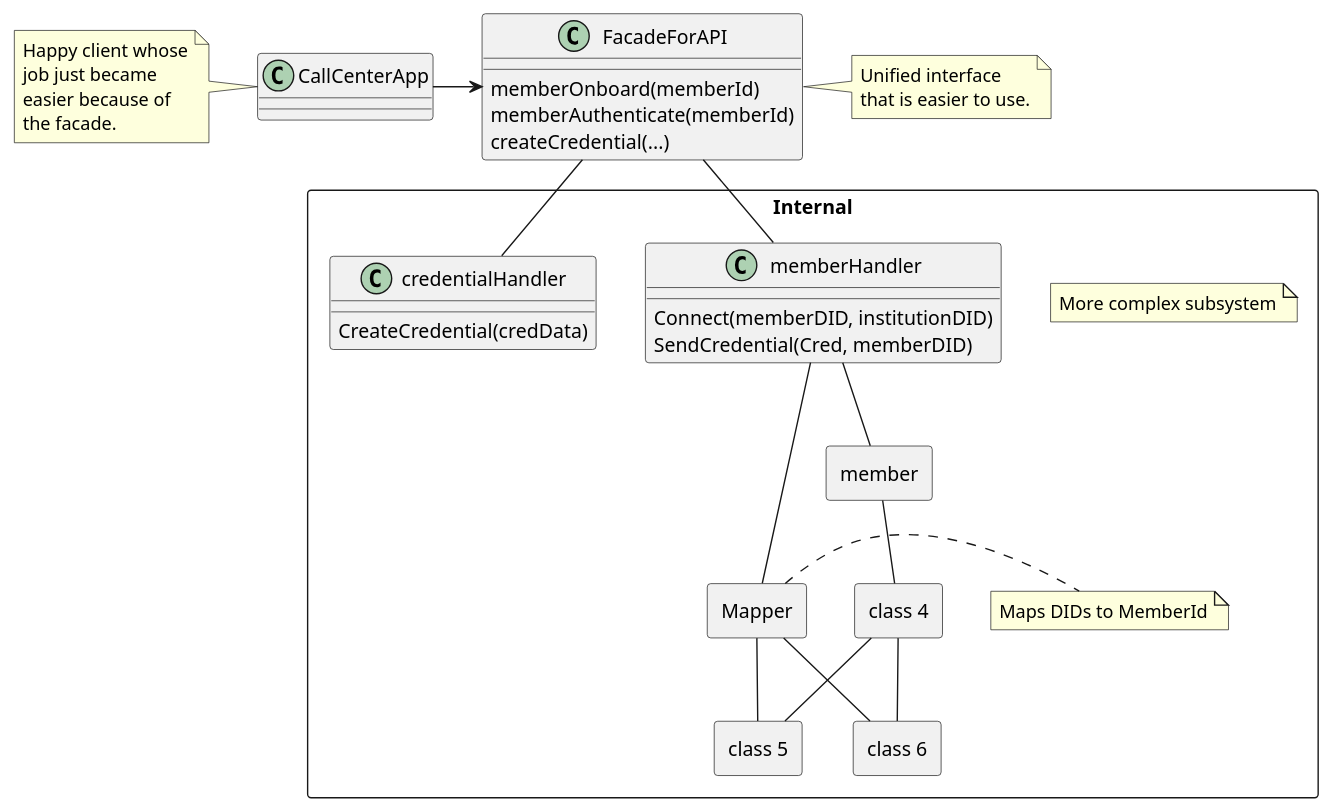
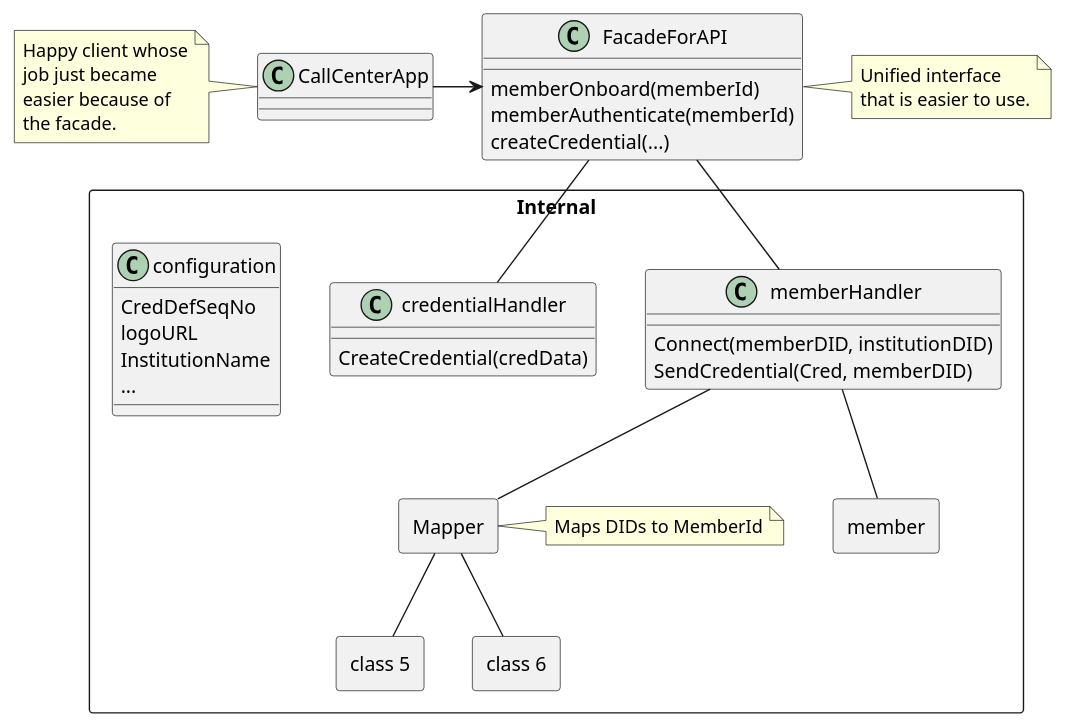
One commit to peacekeeper/CULedger.IdentityAPI changed the diagram in puml/earlyclassdiag.puml. Above: the diagram before and after it, drawn with PlantUML.

Commit message:
added Config concept

```diff
--- a/puml/earlyclassdiag.puml
+++ b/puml/earlyclassdiag.puml
@@ -1,68 +1,74 @@
 @startuml
 class CallCenterApp
 class FacadeForAPI {
   {method} memberOnboard(memberId)
   {method} memberAuthenticate(memberId)
   {method} createCredential(...)
 
 }
 CallCenterApp -> FacadeForAPI
 
 package "Internal" <<rectangle>> {
 
-note "More complex subsystem" as n1
+  FacadeForAPI -- "memberHandler"
+  FacadeForAPI -- "credentialHandler"
 
-FacadeForAPI -- "memberHandler"
-FacadeForAPI -- "credentialHandler"
+  class memberHandler {
+    {method} Connect(memberDID, institutionDID)
+    {method} SendCredential(Cred, memberDID)
+  }
 
-class memberHandler {
-  {method} Connect(memberDID, institutionDID)
-  {method} SendCredential(Cred, memberDID)
-}
+  class "credentialHandler" {
+    {method} CreateCredential(credData)
 
-class "credentialHandler" {
-  {method} CreateCredential(credData)
+  }
 
-}
+  class "configuration" {
+    {field} CredDefSeqNo
+    {field} logoURL
+    {field} InstitutionName
+    {field} ...
 
-package "member" <<rectangle>> {
-}
+  }
 
-package "Mapper" <<rectangle>> {
-}
+  package "member" <<rectangle>> {
+  }
 
-package "class 4" <<rectangle>> {
-}
+  package "Mapper" <<rectangle>> {
+  }
 
-package "class 5" <<rectangle>> {
-}
+  'package "class 4" <<rectangle>> {
+  '}
 
-package "class 6" <<rectangle>> {
-}
+  package "class 5" <<rectangle>> {
+  }
 
-"memberHandler" -- "member"
-"memberHandler" -- "Mapper"
-"member" -- "class 4"
-"Mapper" -- "class 5"
-"Mapper" -- "class 6"
-"class 4" -- "class 5"
-"class 4" -- "class 6"
-note right of Mapper
-  Maps DIDs to MemberId
-end note
+  package "class 6" <<rectangle>> {
+  }
+
+  "memberHandler" -- "member"
+  "memberHandler" -- "Mapper"
+  '"member" -- "class 4"
+  "Mapper" -- "class 5"
+  "Mapper" -- "class 6"
+  ' "class 4" -- "class 5"
+  ' "class 4" -- "class 6"
+  note right of Mapper
+    Maps DIDs to MemberId
+  end note
 
 }
 
 
 note left of CallCenterApp
   Happy client whose
   job just became
   easier because of
   the facade.
 end note
 
 note right of FacadeForAPI
 Unified interface
 that is easier to use.
 end note
 @enduml
```
